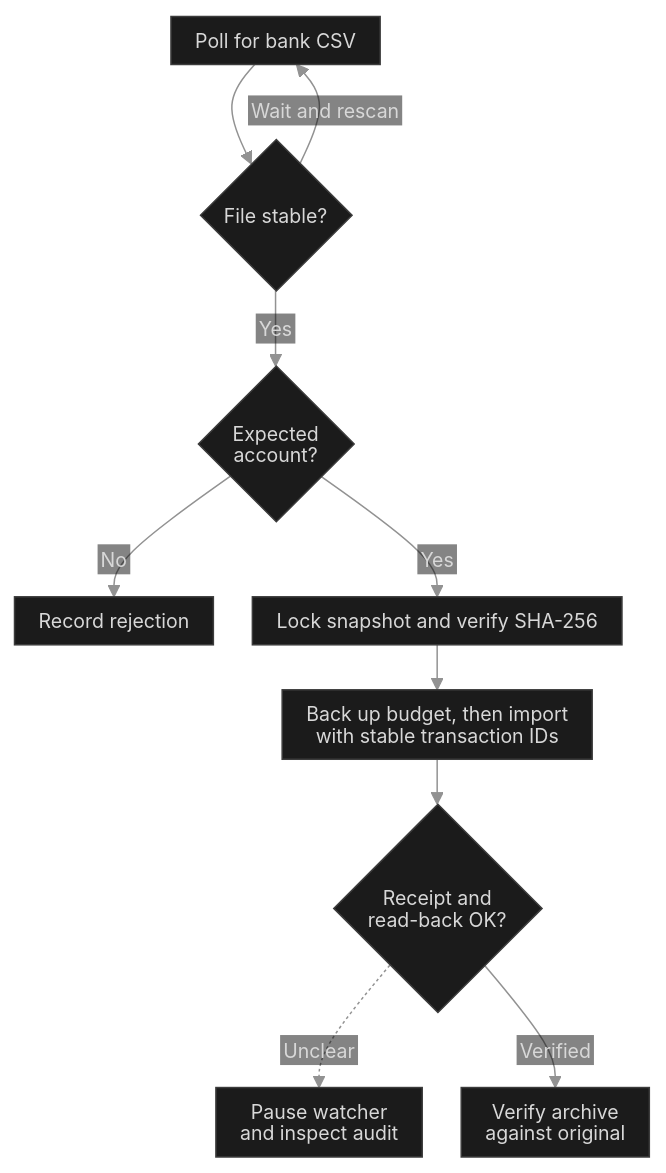
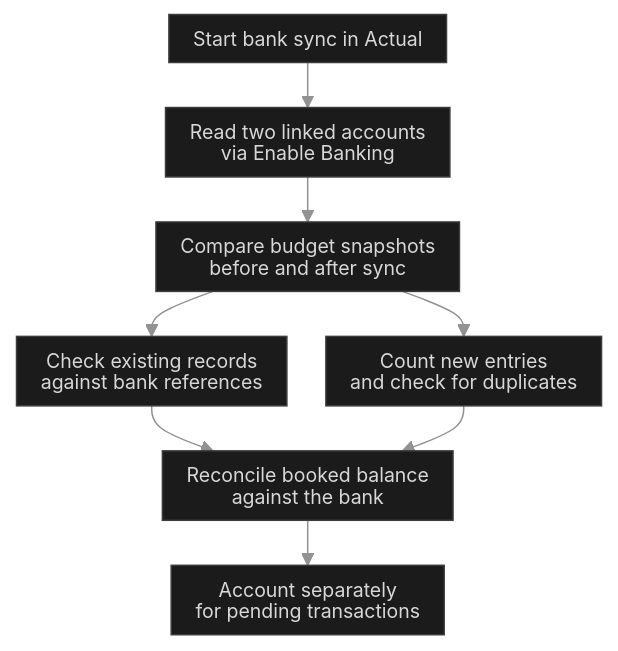
One commit to kazuall/finance-process-portfolio changed the diagram in diagrams/bank-imports.mmd. Above: the diagram before and after it, drawn with Mermaid. The commit also changed 24 other files, not shown here.

```diff
--- a/diagrams/bank-imports.mmd
+++ b/diagrams/bank-imports.mmd
@@ -1,38 +1,36 @@
 ---
 config:
   theme: base
   htmlLabels: false
   themeVariables:
     darkMode: true
     background: '#0a0a0a'
     fontFamily: 'Inter, -apple-system, BlinkMacSystemFont, Segoe UI, sans-serif'
     fontSize: '13px'
     primaryColor: '#1b1b1b'
     primaryTextColor: '#d8d8d8'
     primaryBorderColor: '#3c3c3c'
     lineColor: '#929292'
     edgeLabelBackground: '#0a0a0a'
     textColor: '#d8d8d8'
   flowchart:
     htmlLabels: false
     useMaxWidth: false
     nodeSpacing: 26
     rankSpacing: 30
     wrappingWidth: 240
     padding: 8
     diagramPadding: 5
     curve: basis
   themeCSS: 'text,tspan{font-family:system-ui,sans-serif!important;font-weight:400!important}.node rect.label-container{rx:3px;ry:3px}.node rect,.node polygon,.flowchart-link{stroke-width:.85px!important}.edgeLabel .labelBkg{fill:#0a0a0a!important;opacity:1!important}.edgeLabel text{fill:#bebebe!important}'
 ---
 flowchart TB
-  accTitle: Bank import
-  accDescr: A stable statement for the expected account is copied under a lock. Actual Budget is backed up before import using stable transaction IDs. A verified receipt allows archiving. An uncertain write pauses the watcher for audit.
-  csv["Poll for bank CSV"] --> stable{"File stable?"}
-  stable -->|Wait and rescan| csv
-  stable -->|Yes| account{"Expected<br/>account?"}
-  account -->|No| reject["Record rejection"]
-  account -->|Yes| lock["Lock snapshot and verify SHA-256"]
-  lock --> write["Back up budget, then import<br/>with stable transaction IDs"]
-  write --> audit{"Receipt and<br/>read-back OK?"}
-  audit -.->|Unclear| pause["Pause watcher<br/>and inspect audit"]
-  audit -->|Verified| archive["Verify archive<br/>against original"]
+  accTitle: Bank sync and reconciliation
+  accDescr: Actual Budget reads two linked accounts through Enable Banking. I compare budget snapshots to check matched and new entries, then reconcile the booked balance separately from pending amounts.
+  start["Start bank sync in Actual"] --> feed["Read two linked accounts<br/>via Enable Banking"]
+  feed --> audit["Compare budget snapshots<br/>before and after sync"]
+  audit --> existing["Check existing records<br/>against bank references"]
+  audit --> added["Count new entries<br/>and check for duplicates"]
+  existing --> balance["Reconcile booked balance<br/>against the bank"]
+  added --> balance
+  balance --> pending["Account separately<br/>for pending transactions"]
```
